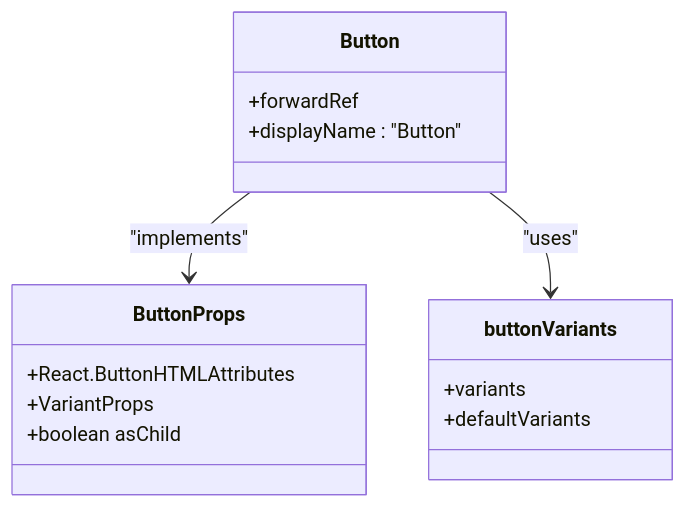
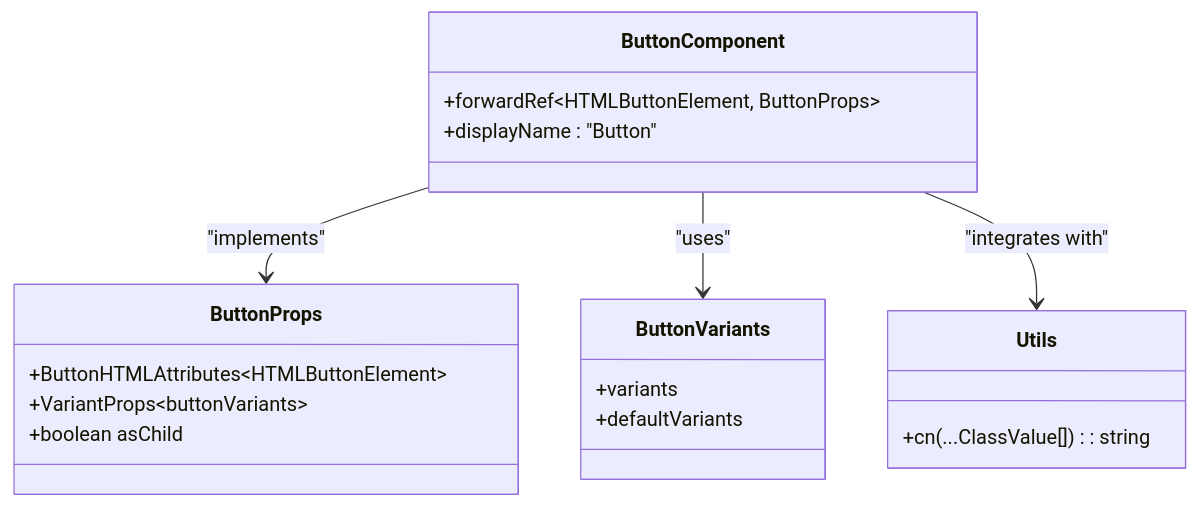
The fourth of 7 diagrams in .qoder/repowiki/en/content/TypeScript Configuration.md (Hoshino-wind/ai-interview-platform), drawn with Mermaid before and after one commit. The commit also changed other lines of this file and 5 other files, not shown here.

````diff
--- a/.qoder/repowiki/en/content/TypeScript Configuration.md
+++ b/.qoder/repowiki/en/content/TypeScript Configuration.md
@@ -200,18 +235,22 @@
 ```mermaid
 classDiagram
 class ButtonProps {
-+React.ButtonHTMLAttributes<HTMLButtonElement>
-+VariantProps<buttonVariants>
++ButtonHTMLAttributes~HTMLButtonElement~
++VariantProps~buttonVariants~
 +boolean asChild
 }
-class Button {
-+forwardRef<HTMLButtonElement, ButtonProps>
+class ButtonComponent {
++forwardRef~HTMLButtonElement, ButtonProps~
 +displayName : "Button"
 }
-class buttonVariants {
+class ButtonVariants {
 +variants
 +defaultVariants
 }
-Button --> ButtonProps : "implements"
-Button --> buttonVariants : "uses"
+class Utils {
++cn(...ClassValue[]) : string
+}
+ButtonComponent --> ButtonProps : "implements"
+ButtonComponent --> ButtonVariants : "uses"
+ButtonComponent --> Utils : "integrates with"
 ```
````
